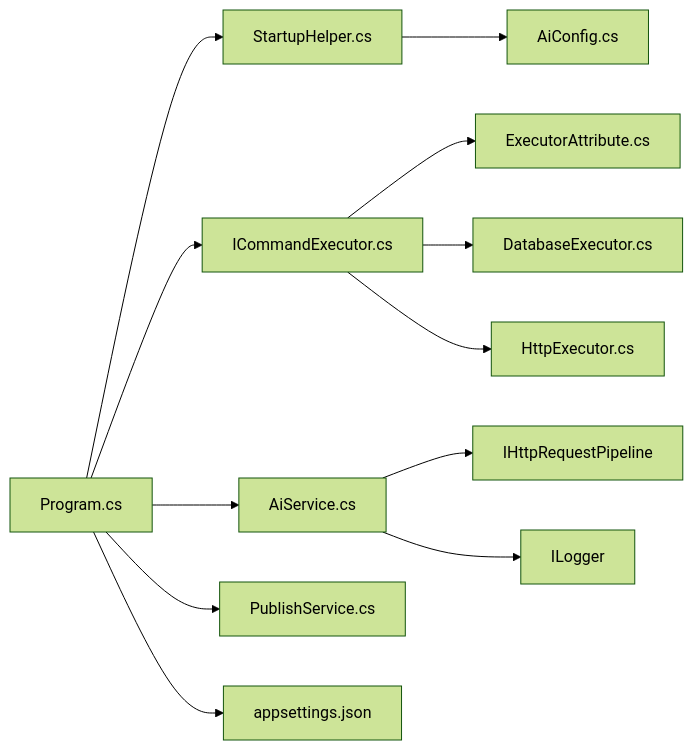
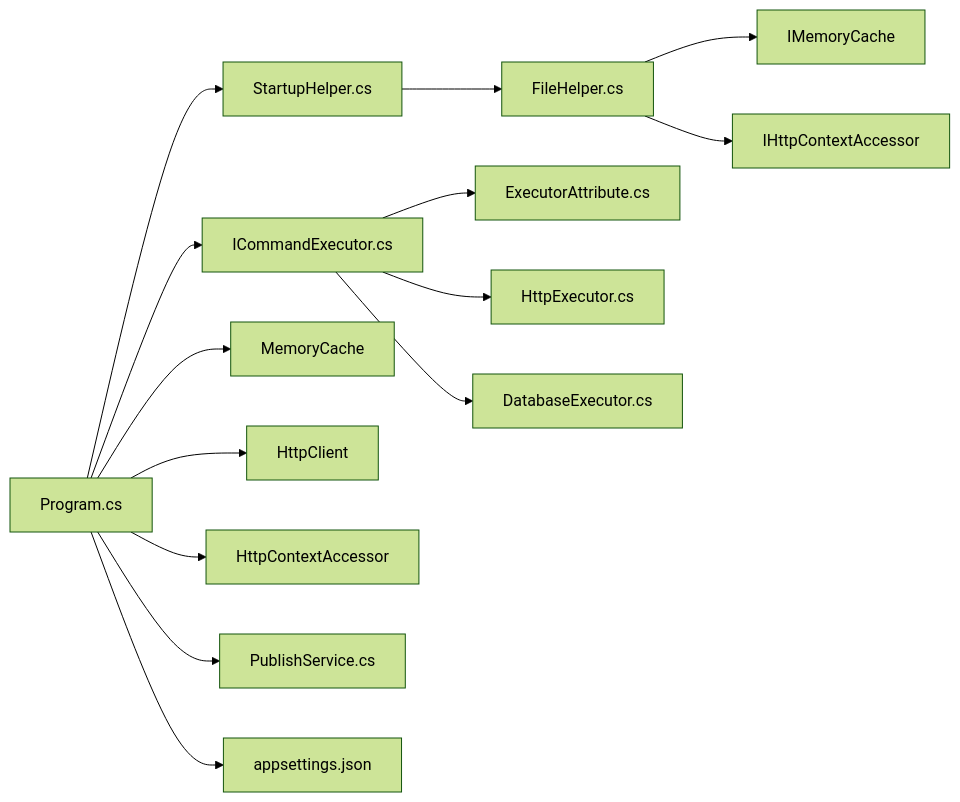
One commit to Sosososolong/AirGo changed the fifth of 5 diagrams in .qoder/repowiki/zh/content/核心架构设计/依赖注入容器.md. Above: the diagram before and after it, drawn with Mermaid (forest theme). The commit also changed other lines of this file and 13 other files, not shown here.

````diff
--- a/.qoder/repowiki/zh/content/核心架构设计/依赖注入容器.md
+++ b/.qoder/repowiki/zh/content/核心架构设计/依赖注入容器.md
@@ -311,14 +279,16 @@
 ```mermaid
 graph LR
 Program["Program.cs"] --> Helper["StartupHelper.cs"]
 Program --> Exec["ICommandExecutor.cs"]
-Program --> AiService["AiService.cs"]
-Helper --> AiConfig["AiConfig.cs"]
+Program --> MemoryCache["MemoryCache"]
+Program --> HttpClient["HttpClient"]
+Program --> HttpContextAccessor["HttpContextAccessor"]
+Helper --> FileHelper["FileHelper.cs"]
 Exec --> Attr["ExecutorAttribute.cs"]
-Exec --> DBEx["DatabaseExecutor.cs"]
 Exec --> HttpEx["HttpExecutor.cs"]
+Exec --> DbEx["DatabaseExecutor.cs"]
 Program --> BG["PublishService.cs"]
 Program --> Cfg["appsettings.json"]
-AiService --> Pipeline["IHttpRequestPipeline"]
-AiService --> Logger["ILogger"]
+FileHelper --> Cache["IMemoryCache"]
+FileHelper --> Context["IHttpContextAccessor"]
 ```
````
